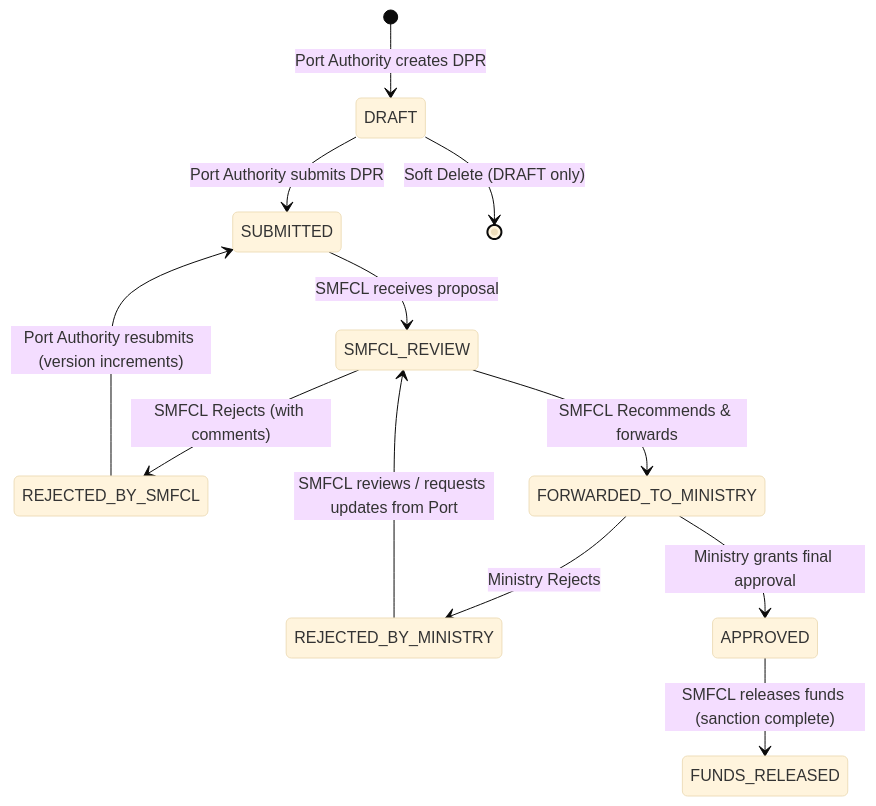
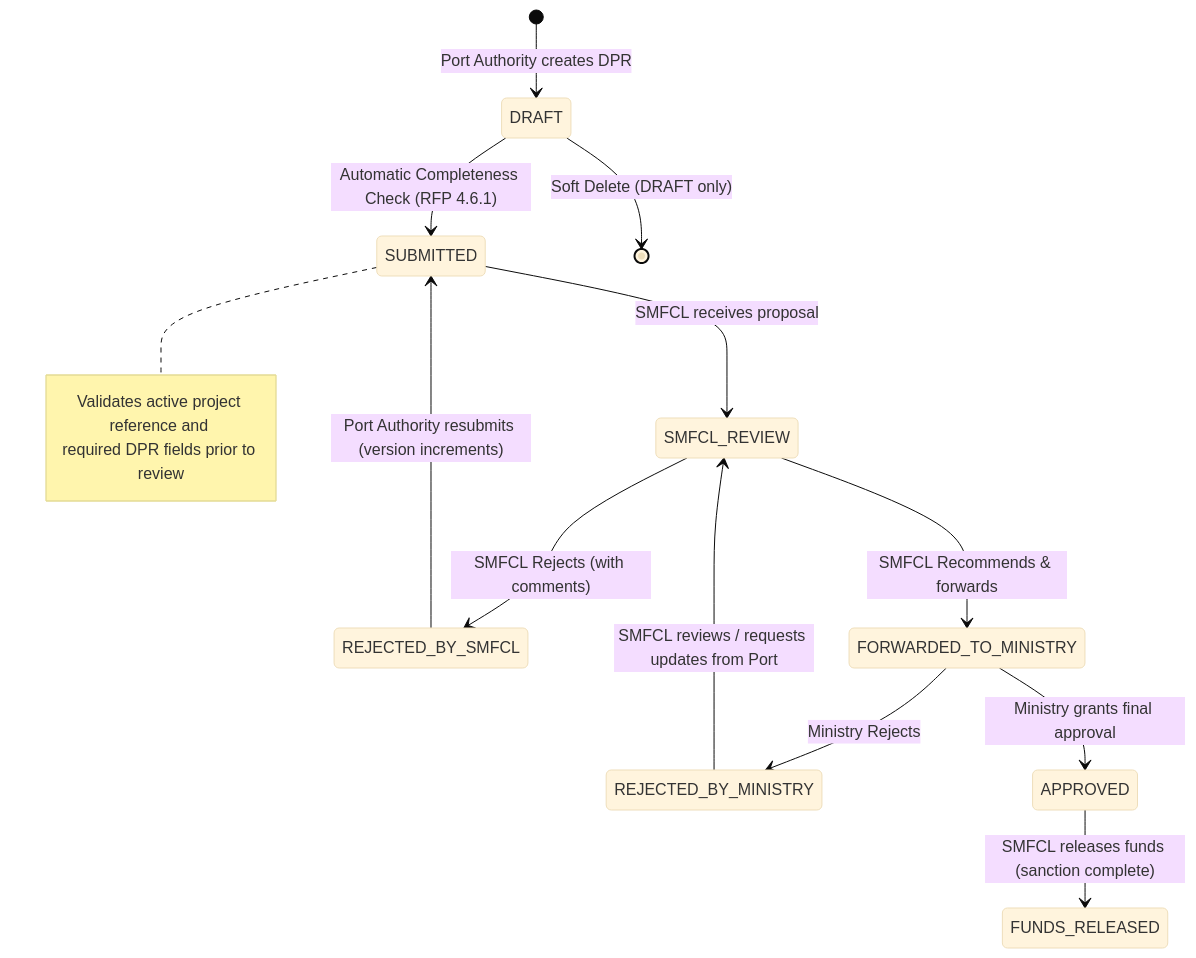
Before and after one commit to chavaliadi/sm: the first of 2 diagrams in README.md, drawn with Mermaid (base theme). The commit also changed other lines of this file, not shown here.

Commit message:
update README with today's additions: project fields, notifications UI, dashboard expansion, unified project detail view, RFP compliance notes

````diff
--- a/README.md
+++ b/README.md
@@ -26,20 +26,24 @@
 ```mermaid
 stateDiagram-v2
     [*] --> DRAFT : Port Authority creates DPR
-    DRAFT --> SUBMITTED : Port Authority submits DPR
+    DRAFT --> SUBMITTED : Automatic Completeness Check (RFP 4.6.1)
+    note right of SUBMITTED
+      Validates active project reference and 
+      required DPR fields prior to review
+    end note
     DRAFT --> [*] : Soft Delete (DRAFT only)
 
     SUBMITTED --> SMFCL_REVIEW : SMFCL receives proposal
 
     SMFCL_REVIEW --> REJECTED_BY_SMFCL : SMFCL Rejects (with comments)
     REJECTED_BY_SMFCL --> SUBMITTED : Port Authority resubmits (version increments)
 
     SMFCL_REVIEW --> FORWARDED_TO_MINISTRY : SMFCL Recommends & forwards
 
     FORWARDED_TO_MINISTRY --> REJECTED_BY_MINISTRY : Ministry Rejects
     REJECTED_BY_MINISTRY --> SMFCL_REVIEW : SMFCL reviews / requests updates from Port
 
     FORWARDED_TO_MINISTRY --> APPROVED : Ministry grants final approval
 
     APPROVED --> FUNDS_RELEASED : SMFCL releases funds (sanction complete)
 ```
````
